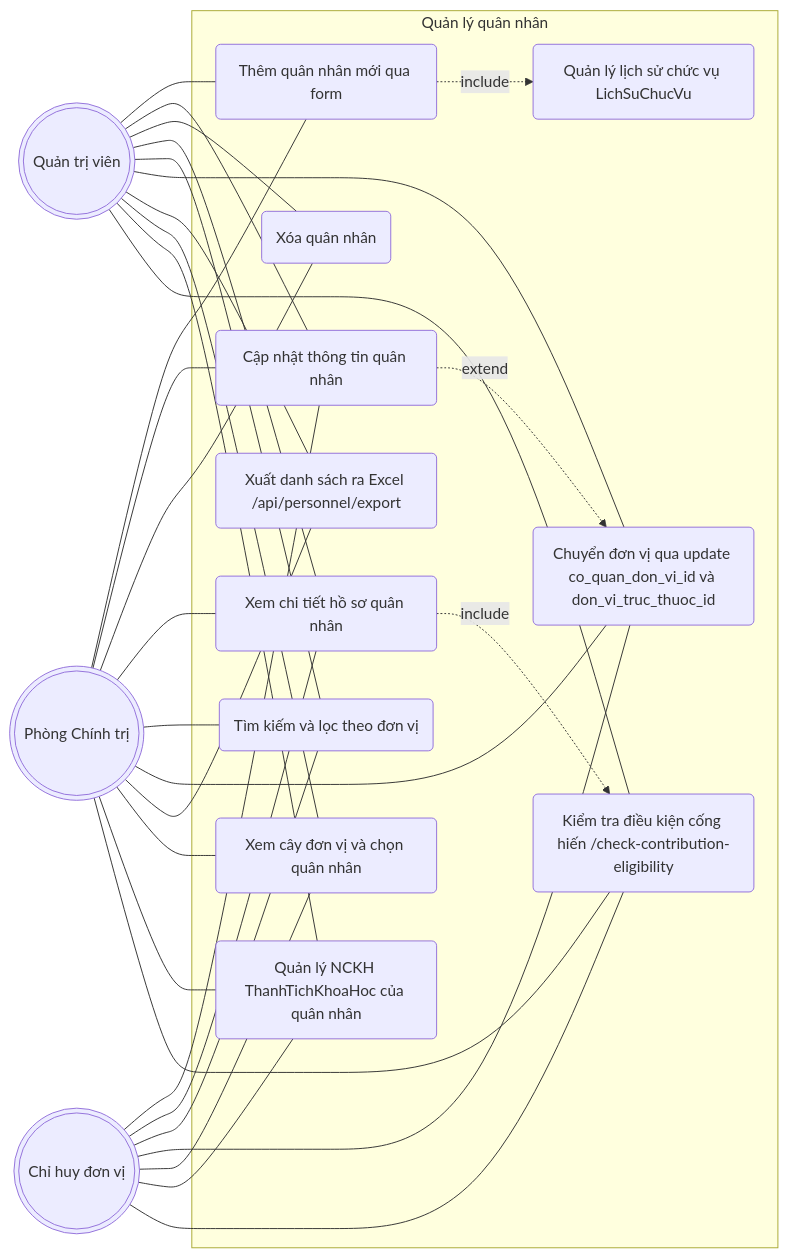
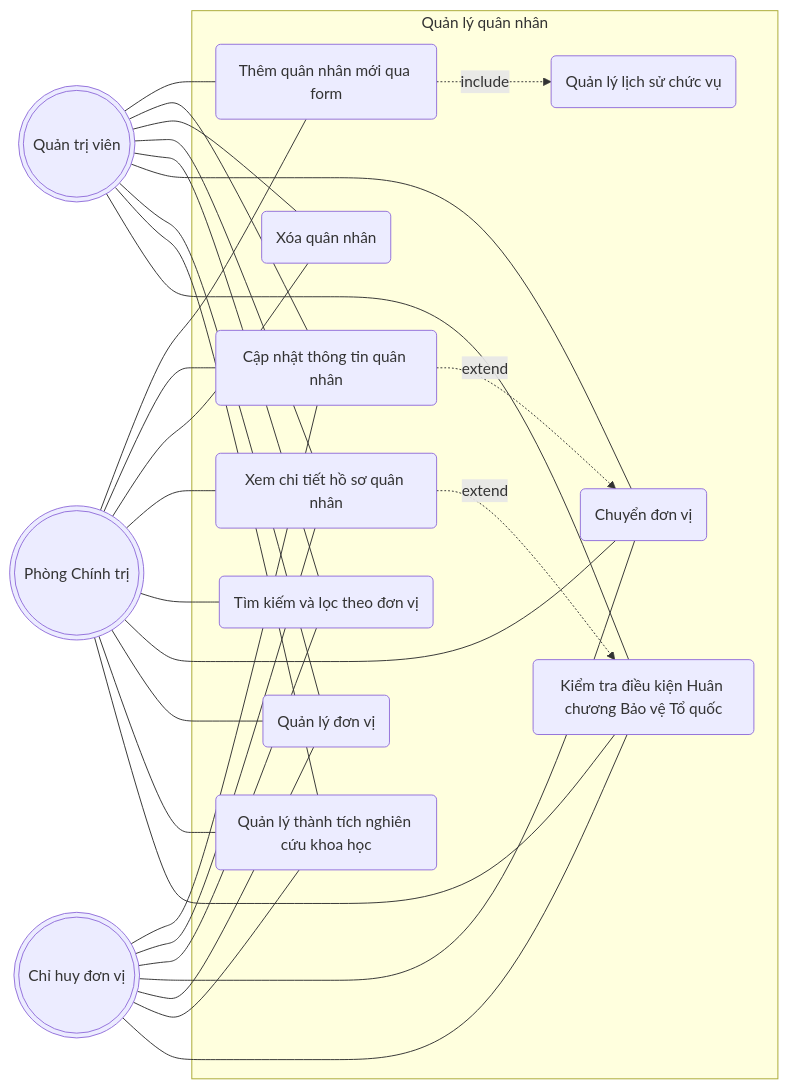
One commit to tranducbk/DATN_PM_QLKT changed the third of 15 diagrams in docs/diagrams/01-use-case.md. Above: the diagram before and after it, drawn with Mermaid. The commit also changed other lines of this file and 29 other files, not shown here.

First line of the commit message:
Update CLAUDE.md with additional validation rules and introduce new database schema

````diff
--- a/docs/diagrams/01-use-case.md
+++ b/docs/diagrams/01-use-case.md
@@ -143,54 +140,51 @@
 ```mermaid
 flowchart LR
     SA(((Quản trị viên)))
     AD(((Phòng Chính trị)))
     MG(((Chỉ huy đơn vị)))
 
     subgraph SYS[Quản lý quân nhân]
         UC1(Thêm quân nhân mới qua form)
         UC2(Cập nhật thông tin quân nhân)
         UC3(Xóa quân nhân)
         UC4(Xem chi tiết hồ sơ quân nhân)
         UC5(Tìm kiếm và lọc theo đơn vị)
-        UC6(Chuyển đơn vị qua update co_quan_don_vi_id và don_vi_truc_thuoc_id)
-        UC7(Quản lý lịch sử chức vụ LichSuChucVu)
-        UC8(Xuất danh sách ra Excel /api/personnel/export)
-        UC9(Xem cây đơn vị và chọn quân nhân)
-        UC10(Quản lý NCKH ThanhTichKhoaHoc của quân nhân)
-        UC11(Kiểm tra điều kiện cống hiến /check-contribution-eligibility)
+        UC6(Chuyển đơn vị)
+        UC7(Quản lý lịch sử chức vụ)
+        UC8(Quản lý đơn vị)
+        UC9(Quản lý thành tích nghiên cứu khoa học)
+        UC10(Kiểm tra điều kiện Huân chương Bảo vệ Tổ quốc)
 
         UC1 -.->|include| UC7
         UC2 -.->|extend| UC6
-        UC4 -.->|include| UC11
+        UC4 -.->|extend| UC10
     end
 
     SA --- UC1
     SA --- UC2
     SA --- UC3
     SA --- UC4
     SA --- UC5
     SA --- UC6
     SA --- UC8
     SA --- UC9
     SA --- UC10
-    SA --- UC11
 
     AD --- UC1
     AD --- UC2
     AD --- UC3
     AD --- UC4
     AD --- UC5
     AD --- UC6
     AD --- UC8
     AD --- UC9
     AD --- UC10
-    AD --- UC11
 
     MG --- UC2
     MG --- UC4
     MG --- UC5
     MG --- UC6
+    MG --- UC8
     MG --- UC9
     MG --- UC10
-    MG --- UC11
 ```
````
